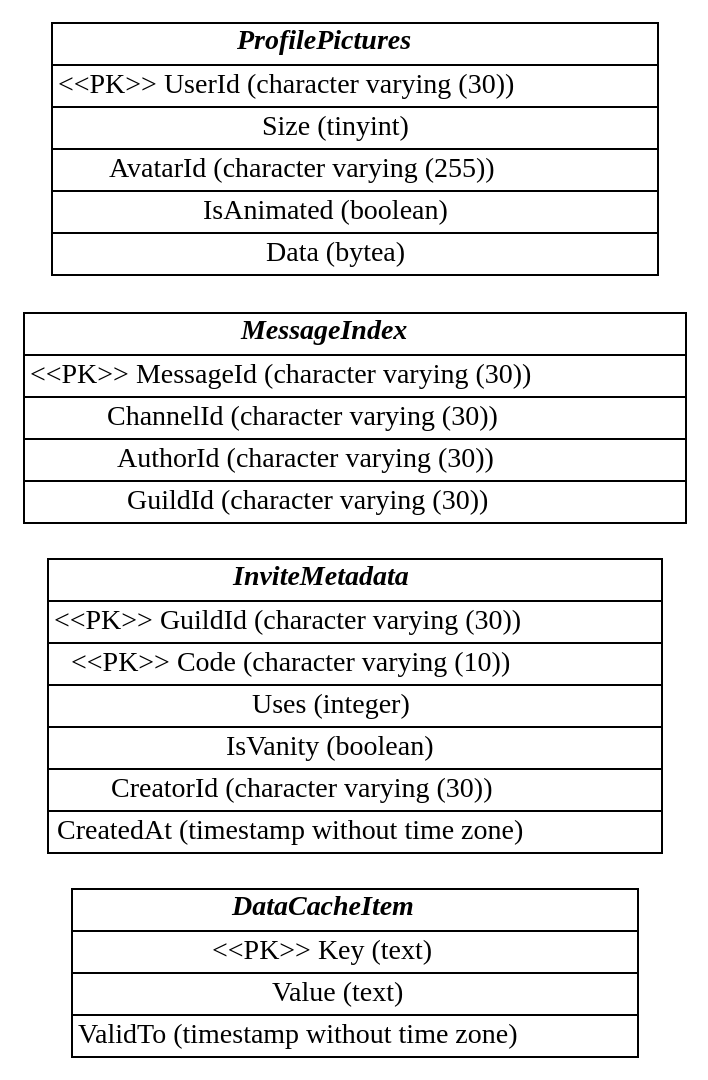
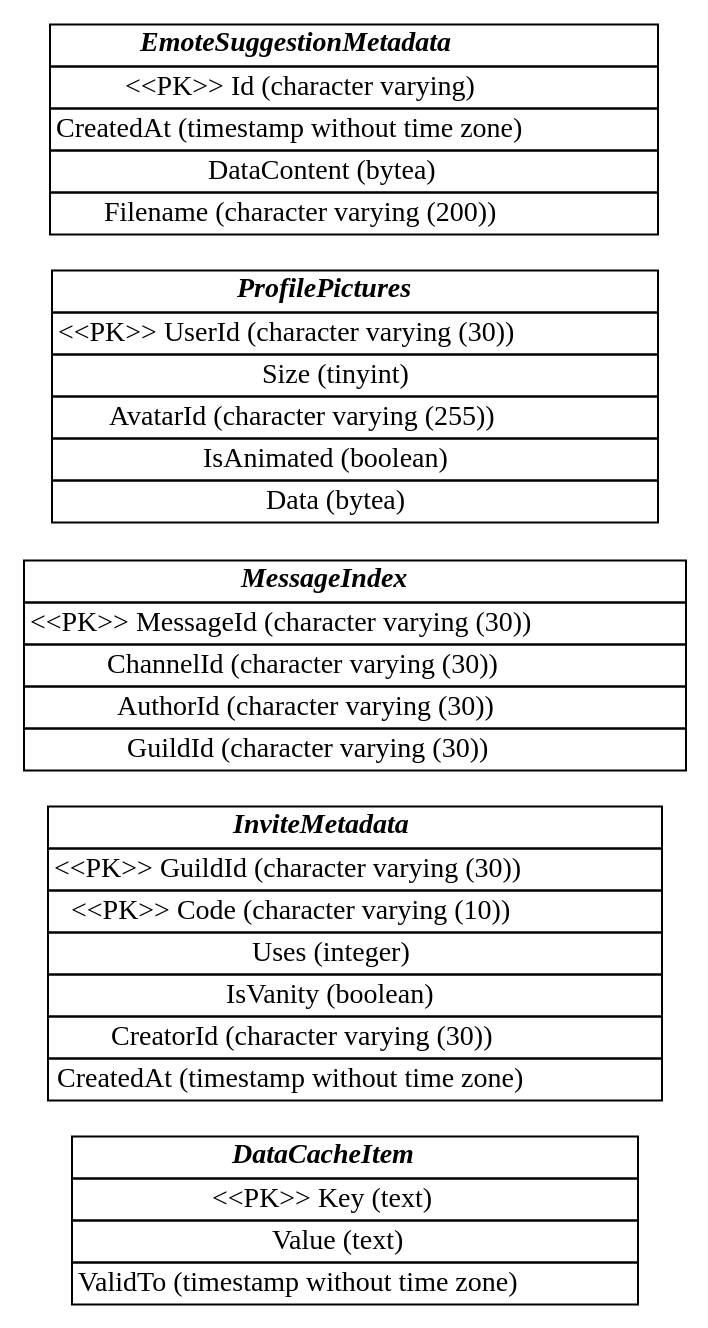
Before and after one commit to GrillBot/grillbot-docs: the diagram in data/cache.dot, drawn with Graphviz. The commit also changed 1 other file, not shown here.

Commit message:
Updated graphs

```diff
--- a/data/cache.dot
+++ b/data/cache.dot
@@ -1,82 +1,100 @@
 digraph ER {
     rankdir=LR
     node[shape=plain]
     
     DataCacheItem [label=<
         <table border="0" cellborder="1" cellspacing="0">
             <tr><td><i><b>DataCacheItem</b></i></td></tr>
             <tr>
                 <td port="Key">&lt;&lt;PK&gt;&gt; Key (text)</td>
             </tr>
             <tr>
                 <td port="Value">Value (text)</td>
             </tr>
             <tr>
                 <td port="ValidTo">ValidTo (timestamp without time zone)</td>
             </tr>
         </table>
     >];
     
     InviteMetadata [label=<
         <table border="0" cellborder="1" cellspacing="0">
             <tr><td><i><b>InviteMetadata</b></i></td></tr>
             <tr>
                 <td port="GuildId">&lt;&lt;PK&gt;&gt; GuildId (character varying (30))</td>
             </tr>
             <tr>
                 <td port="Code">&lt;&lt;PK&gt;&gt; Code (character varying (10))</td>
             </tr>
             <tr>
                 <td port="Uses">Uses (integer)</td>
             </tr>
             <tr>
                 <td port="IsVanity">IsVanity (boolean)</td>
             </tr>
             <tr>
                 <td port="CreatorId">CreatorId (character varying (30))</td>
             </tr>
             <tr>
                 <td port="CreatedAt">CreatedAt (timestamp without time zone)</td>
             </tr>
         </table>
     >];
     
     MessageIndex [label=<
         <table border="0" cellborder="1" cellspacing="0">
             <tr><td><i><b>MessageIndex</b></i></td></tr>
             <tr>
                 <td port="MessageId">&lt;&lt;PK&gt;&gt; MessageId (character varying (30))</td>
             </tr>
             <tr>
                 <td port="ChannelId">ChannelId (character varying (30))</td>
             </tr>
             <tr>
                 <td port="AuthorId">AuthorId (character varying (30))</td>
             </tr>
             <tr>
                 <td port="GuildId">GuildId (character varying (30))</td>
             </tr>
         </table>
     >];
     
     ProfilePictures [label=<
         <table border="0" cellborder="1" cellspacing="0">
             <tr><td><i><b>ProfilePictures</b></i></td></tr>
             <tr>
                 <td port="UserId">&lt;&lt;PK&gt;&gt; UserId (character varying (30))</td>
             </tr>
             <tr>
                 <td port="Size">Size (tinyint)</td>
             </tr>
             <tr>
                 <td port="AvatarId">AvatarId (character varying (255))</td>
             </tr>
             <tr>
                 <td port="IsAnimated">IsAnimated (boolean)</td>
             </tr>
             <tr>
                 <td port="Data">Data (bytea)</td>
             </tr>
         </table>
     >];
+    
+    EmoteSuggestionMetadata [label=<
+        <table border="0" cellborder="1" cellspacing="0">
+            <tr><td><i><b>EmoteSuggestionMetadata</b></i></td></tr>
+            <tr>
+                <td port="Id">&lt;&lt;PK&gt;&gt; Id (character varying)</td>
+            </tr>
+            <tr>
+                <td port="CreatedAt">CreatedAt (timestamp without time zone)</td>
+            </tr>
+            <tr>
+                <td port="DataContent">DataContent (bytea)</td>
+            </tr>
+            <tr>
+                <td port="Filename">Filename (character varying (200))</td>
+            </tr>
+        </table>
+    >];
 }
```
